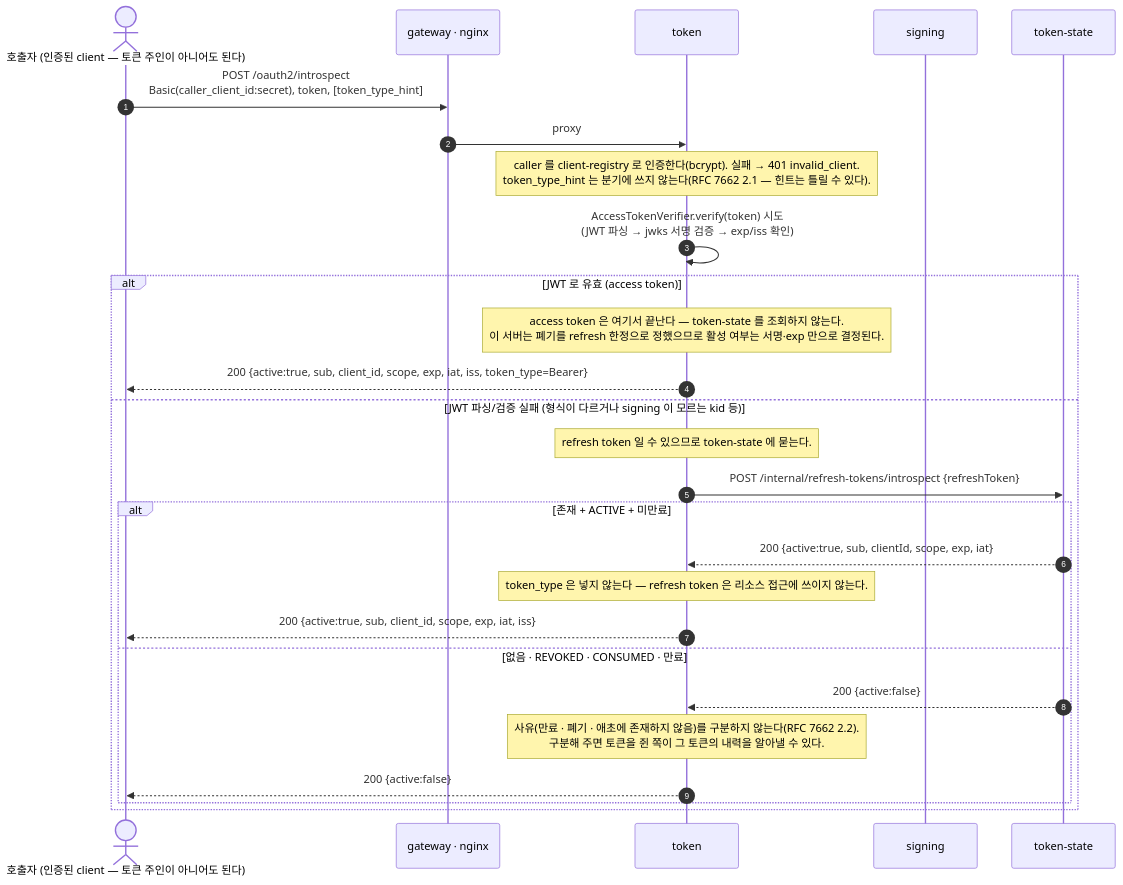
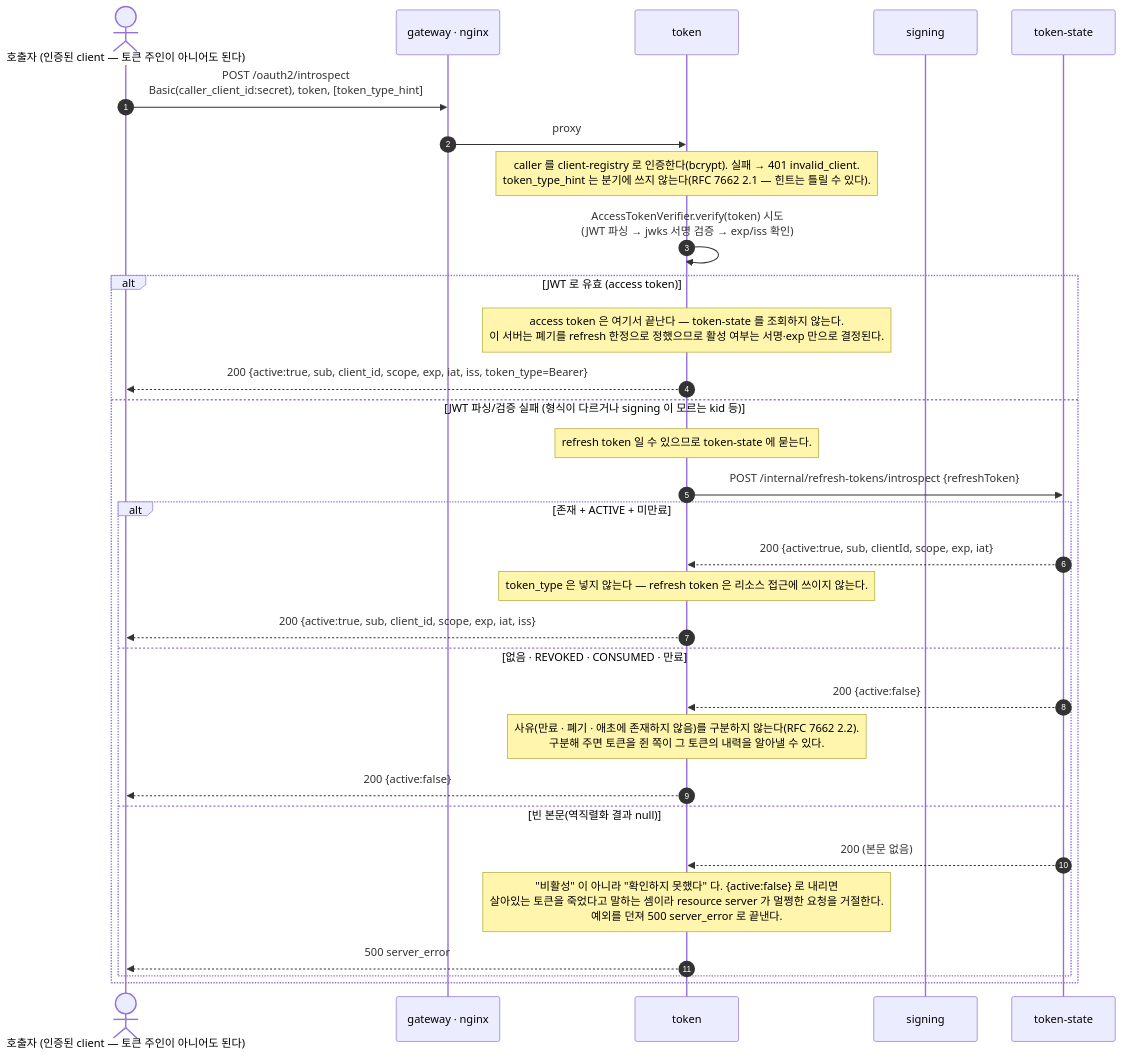
Before and after one commit to starryeye/spring-security: the ninth of 9 diagrams in oauth-2/authorization-server/practice/microservice/README.md, drawn with Mermaid. The commit also changed other lines of this file and 1 other file, not shown here.

````diff
--- a/oauth-2/authorization-server/practice/microservice/README.md
+++ b/oauth-2/authorization-server/practice/microservice/README.md
@@ -406,30 +422,34 @@
 ```mermaid
 sequenceDiagram
     autonumber
     actor V as 호출자 (인증된 client — 토큰 주인이 아니어도 된다)
     participant G as gateway · nginx
     participant T as token
     participant S as signing
     participant TS as token-state
 
     V->>G: POST /oauth2/introspect<br/>Basic(caller_client_id:secret), token, [token_type_hint]
     G->>T: proxy
     Note over T: caller 를 client-registry 로 인증한다(bcrypt). 실패 → 401 invalid_client.<br/>token_type_hint 는 분기에 쓰지 않는다(RFC 7662 2.1 — 힌트는 틀릴 수 있다).
     T->>T: AccessTokenVerifier.verify(token) 시도<br/>(JWT 파싱 → jwks 서명 검증 → exp/iss 확인)
     alt JWT 로 유효 (access token)
         Note over T: access token 은 여기서 끝난다 — token-state 를 조회하지 않는다.<br/>이 서버는 폐기를 refresh 한정으로 정했으므로 활성 여부는 서명·exp 만으로 결정된다.
         T-->>V: 200 {active:true, sub, client_id, scope, exp, iat, iss, token_type=Bearer}
     else JWT 파싱/검증 실패 (형식이 다르거나 signing 이 모르는 kid 등)
         Note over T: refresh token 일 수 있으므로 token-state 에 묻는다.
         T->>TS: POST /internal/refresh-tokens/introspect {refreshToken}
         alt 존재 + ACTIVE + 미만료
             TS-->>T: 200 {active:true, sub, clientId, scope, exp, iat}
             Note over T: token_type 은 넣지 않는다 — refresh token 은 리소스 접근에 쓰이지 않는다.
             T-->>V: 200 {active:true, sub, client_id, scope, exp, iat, iss}
         else 없음 · REVOKED · CONSUMED · 만료
             TS-->>T: 200 {active:false}
             Note over T: 사유(만료 · 폐기 · 애초에 존재하지 않음)를 구분하지 않는다(RFC 7662 2.2).<br/>구분해 주면 토큰을 쥔 쪽이 그 토큰의 내력을 알아낼 수 있다.
             T-->>V: 200 {active:false}
+        else 빈 본문(역직렬화 결과 null)
+            TS-->>T: 200 (본문 없음)
+            Note over T: "비활성" 이 아니라 "확인하지 못했다" 다. {active:false} 로 내리면<br/>살아있는 토큰을 죽었다고 말하는 셈이라 resource server 가 멀쩡한 요청을 거절한다.<br/>예외를 던져 500 server_error 로 끝낸다.
+            T-->>V: 500 server_error
         end
     end
 ```
````
